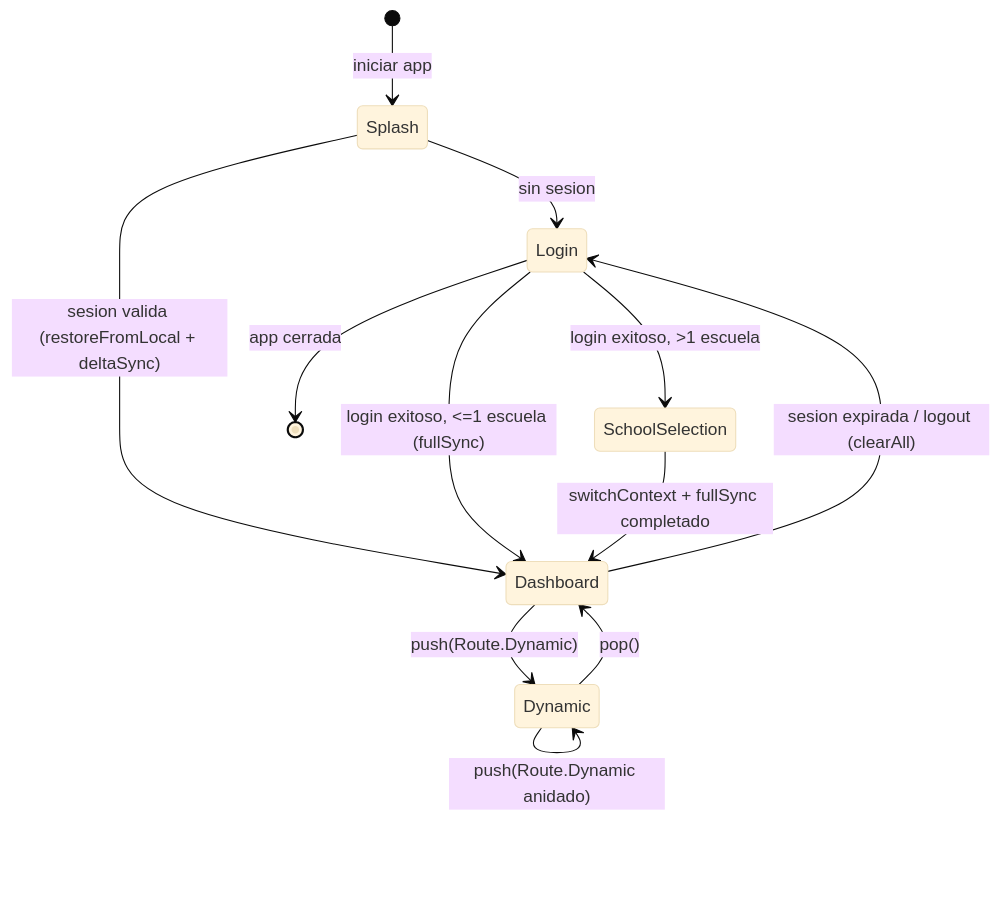
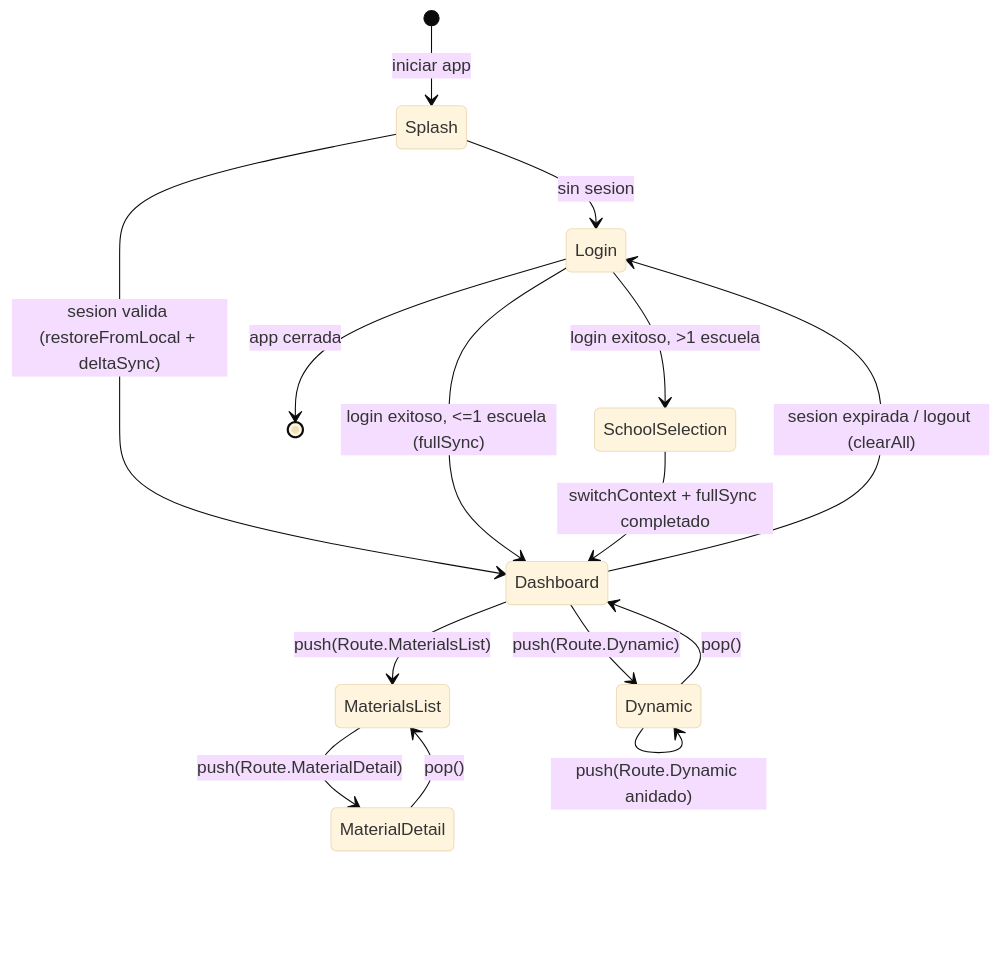
One commit to EduGoGroup/EduUi-KMP changed the sixth of 8 diagrams in docs/flujos-arquitectura/01-menu-navegacion.md. Above: the diagram before and after it, drawn with Mermaid (base theme). The commit also changed other lines of this file and 9 other files, not shown here.

First line of the commit message:
docs: update architecture docs with ZoneErrorBoundary (A6 completed)

````diff
--- a/docs/flujos-arquitectura/01-menu-navegacion.md
+++ b/docs/flujos-arquitectura/01-menu-navegacion.md
@@ -248,14 +258,17 @@
 ```mermaid
 stateDiagram-v2
     [*] --> Splash : iniciar app
     Splash --> Login : sin sesion
     Splash --> Dashboard : sesion valida (restoreFromLocal + deltaSync)
     Login --> SchoolSelection : login exitoso, >1 escuela
     Login --> Dashboard : login exitoso, <=1 escuela (fullSync)
     SchoolSelection --> Dashboard : switchContext + fullSync completado
     Dashboard --> Dynamic : push(Route.Dynamic)
+    Dashboard --> MaterialsList : push(Route.MaterialsList)
+    MaterialsList --> MaterialDetail : push(Route.MaterialDetail)
     Dynamic --> Dynamic : push(Route.Dynamic anidado)
     Dynamic --> Dashboard : pop()
+    MaterialDetail --> MaterialsList : pop()
     Dashboard --> Login : sesion expirada / logout (clearAll)
     Login --> [*] : app cerrada
 ```
````
